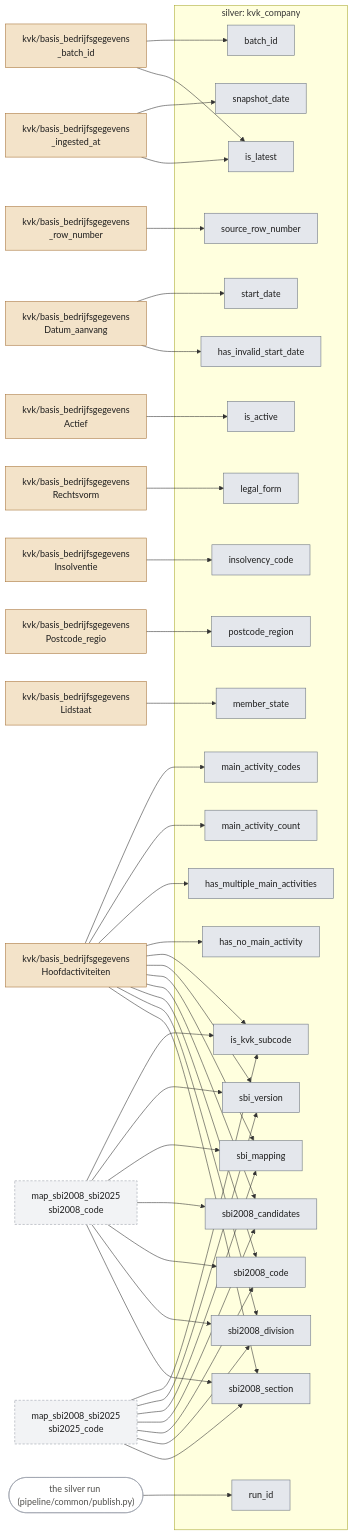
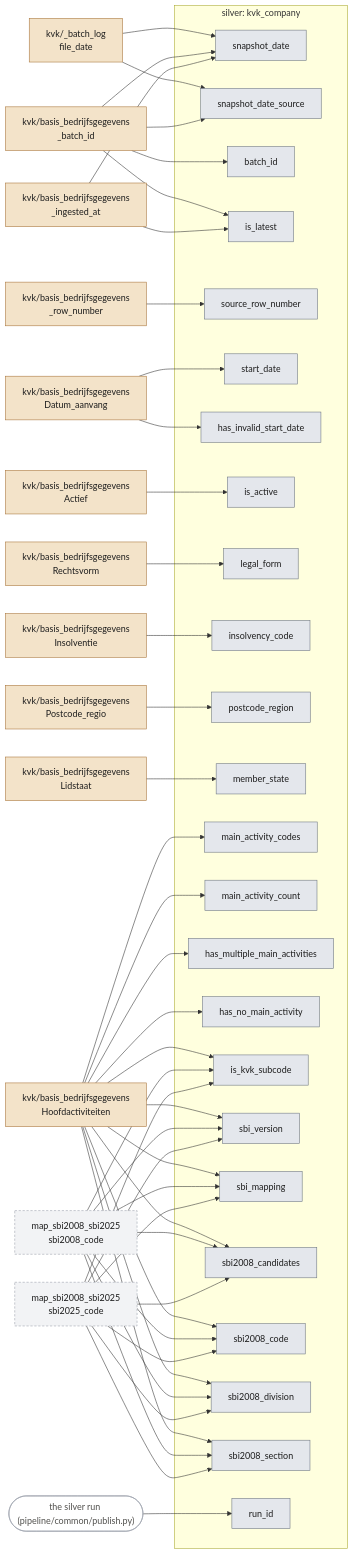
Before and after one commit to stefancodecommit/AOV_Lakehouse: diagram 13 of 20 in docs/lineage.md, drawn with Mermaid. The commit also changed other lines of this file and 23 other files, not shown here.

First line of the commit message:
KVK snapshot date: KVK's own file date instead of the upload day

````diff
--- a/docs/lineage.md
+++ b/docs/lineage.md
@@ -757,5 +757,6 @@
 ```mermaid
 flowchart LR
+  n_src_kvk__batch_log_file_date["kvk/_batch_log<br/>file_date"]:::bronze
   n_src_kvk_basis_bedrijfsgegevens_Actief["kvk/basis_bedrijfsgegevens<br/>Actief"]:::bronze
   n_src_kvk_basis_bedrijfsgegevens_Datum_aanvang["kvk/basis_bedrijfsgegevens<br/>Datum_aanvang"]:::bronze
   n_src_kvk_basis_bedrijfsgegevens_Hoofdactiviteiten["kvk/basis_bedrijfsgegevens<br/>Hoofdactiviteiten"]:::bronze
@@ -771,6 +772,7 @@
   run(["the silver run (pipeline/common/publish.py)"]):::run
   subgraph n_tbl_kvk_company["silver: kvk_company"]
     n_col_snapshot_date["snapshot_date"]:::silver
+    n_col_snapshot_date_source["snapshot_date_source"]:::silver
     n_col_batch_id["batch_id"]:::silver
     n_col_is_latest["is_latest"]:::silver
     n_col_source_row_number["source_row_number"]:::silver
@@ -794,7 +796,11 @@
     n_col_sbi2008_section["sbi2008_section"]:::silver
     n_col_run_id["run_id"]:::silver
   end
+  n_src_kvk__batch_log_file_date --> n_col_snapshot_date
+  n_src_kvk_basis_bedrijfsgegevens__batch_id --> n_col_snapshot_date
   n_src_kvk_basis_bedrijfsgegevens__ingested_at --> n_col_snapshot_date
+  n_src_kvk__batch_log_file_date --> n_col_snapshot_date_source
+  n_src_kvk_basis_bedrijfsgegevens__batch_id --> n_col_snapshot_date_source
   n_src_kvk_basis_bedrijfsgegevens__batch_id --> n_col_batch_id
   n_src_kvk_basis_bedrijfsgegevens__batch_id --> n_col_is_latest
   n_src_kvk_basis_bedrijfsgegevens__ingested_at --> n_col_is_latest
````
